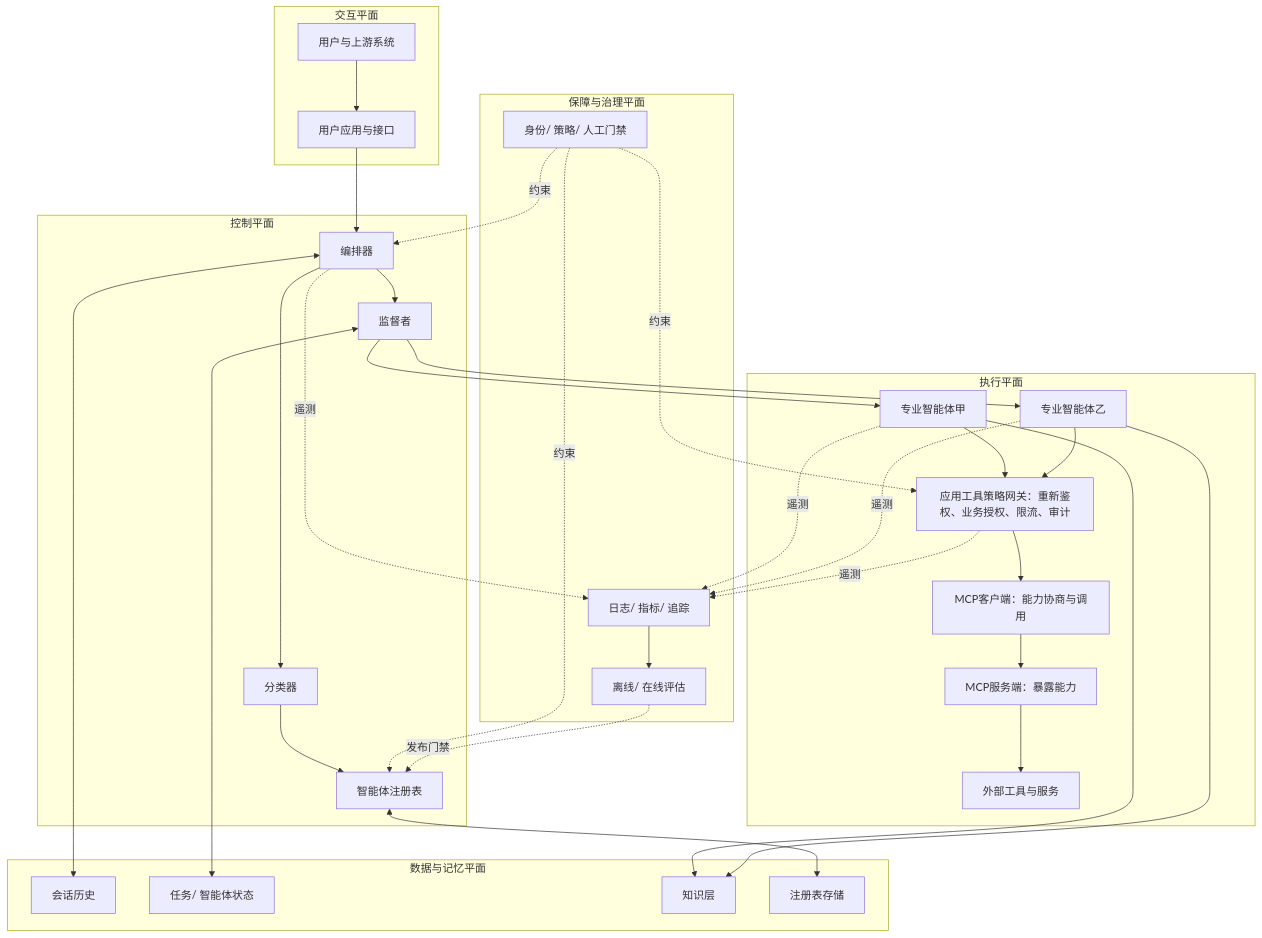
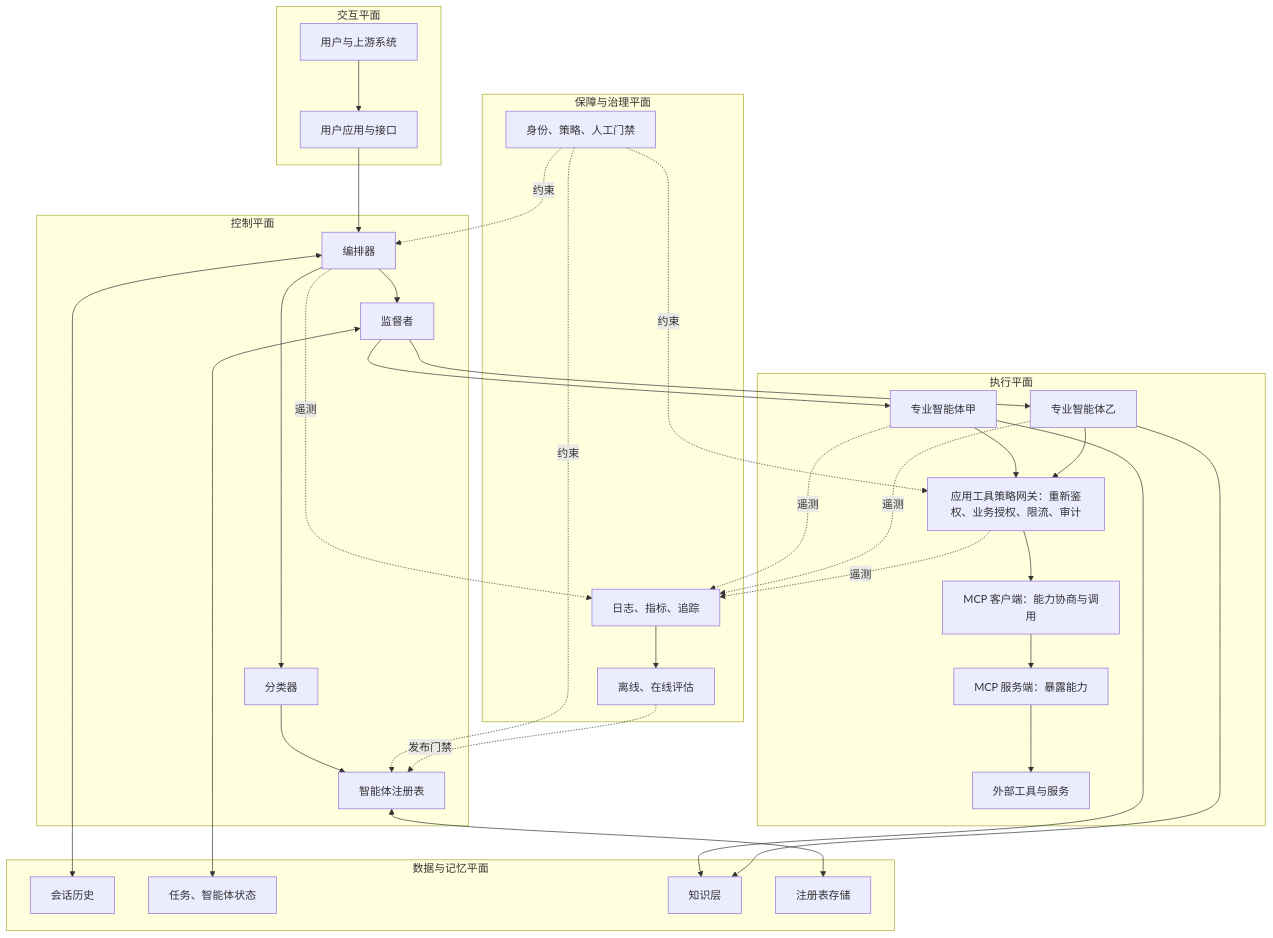
The first of 2 diagrams in content/cases/microsoft-multi-agent-reference-architecture.mdx (sealday/tego-arch), drawn with Mermaid before and after one commit. The commit also changed other lines of this file and 33 other files, not shown here.

````diff
--- a/content/cases/microsoft-multi-agent-reference-architecture.mdx
+++ b/content/cases/microsoft-multi-agent-reference-architecture.mdx
@@ -136,64 +136,64 @@
 ```mermaid
 flowchart TB
   accTitle: 企业协作参考架构的五平面组件图
   accDescr: 用户请求经过中央控制平面分派给专业智能体，数据与记忆平面保存状态，保障与治理平面横向约束注册、编排和工具调用。
 
   subgraph Interaction["交互平面"]
     User["用户与上游系统"] --> App["用户应用与接口"]
   end
 
   subgraph Control["控制平面"]
     Orch["编排器"]
     Classifier["分类器"]
     Supervisor["监督者"]
     Registry["智能体注册表"]
     Orch --> Classifier
     Classifier --> Registry
     Orch --> Supervisor
   end
 
   subgraph Execution["执行平面"]
     A1["专业智能体甲"]
     A2["专业智能体乙"]
     Gateway["应用工具策略网关：重新鉴权、业务授权、限流、审计"]
-    MCPClient["MCP客户端：能力协商与调用"]
-    MCPServer["MCP服务端：暴露能力"]
+    MCPClient["MCP 客户端：能力协商与调用"]
+    MCPServer["MCP 服务端：暴露能力"]
     Tools["外部工具与服务"]
     Supervisor --> A1
     Supervisor --> A2
     A1 --> Gateway
     A2 --> Gateway
     Gateway --> MCPClient
     MCPClient --> MCPServer
     MCPServer --> Tools
   end
 
   subgraph Data["数据与记忆平面"]
     History["会话历史"]
-    State["任务/ 智能体状态"]
+    State["任务、智能体状态"]
     Knowledge["知识层"]
     RegistryStore["注册表存储"]
   end
 
   subgraph Assurance["保障与治理平面"]
-    Policy["身份/ 策略/ 人工门禁"]
-    Telemetry["日志/ 指标/ 追踪"]
-    Eval["离线/ 在线评估"]
+    Policy["身份、策略、人工门禁"]
+    Telemetry["日志、指标、追踪"]
+    Eval["离线、在线评估"]
   end
 
   App --> Orch
   Orch <--> History
   Supervisor <--> State
   A1 --> Knowledge
   A2 --> Knowledge
   Registry <--> RegistryStore
   Policy -.约束.-> Orch
   Policy -.约束.-> Registry
   Policy -.约束.-> Gateway
   Orch -.遥测.-> Telemetry
   A1 -.遥测.-> Telemetry
   A2 -.遥测.-> Telemetry
   Gateway -.遥测.-> Telemetry
   Telemetry --> Eval
   Eval -.发布门禁.-> Registry
 ```
````
